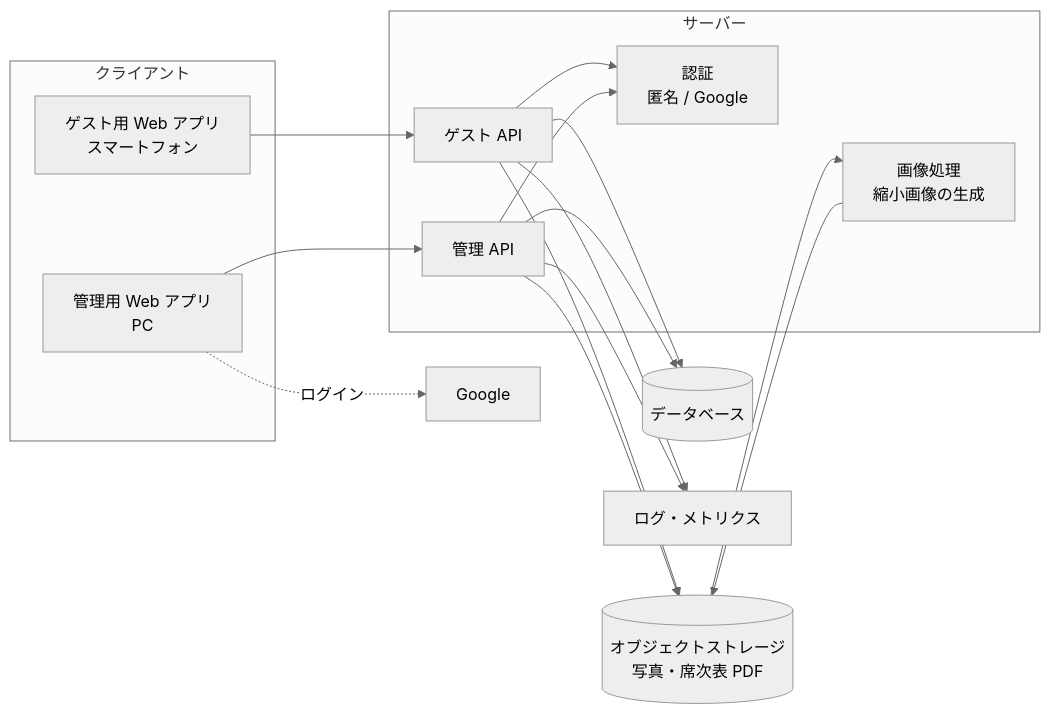
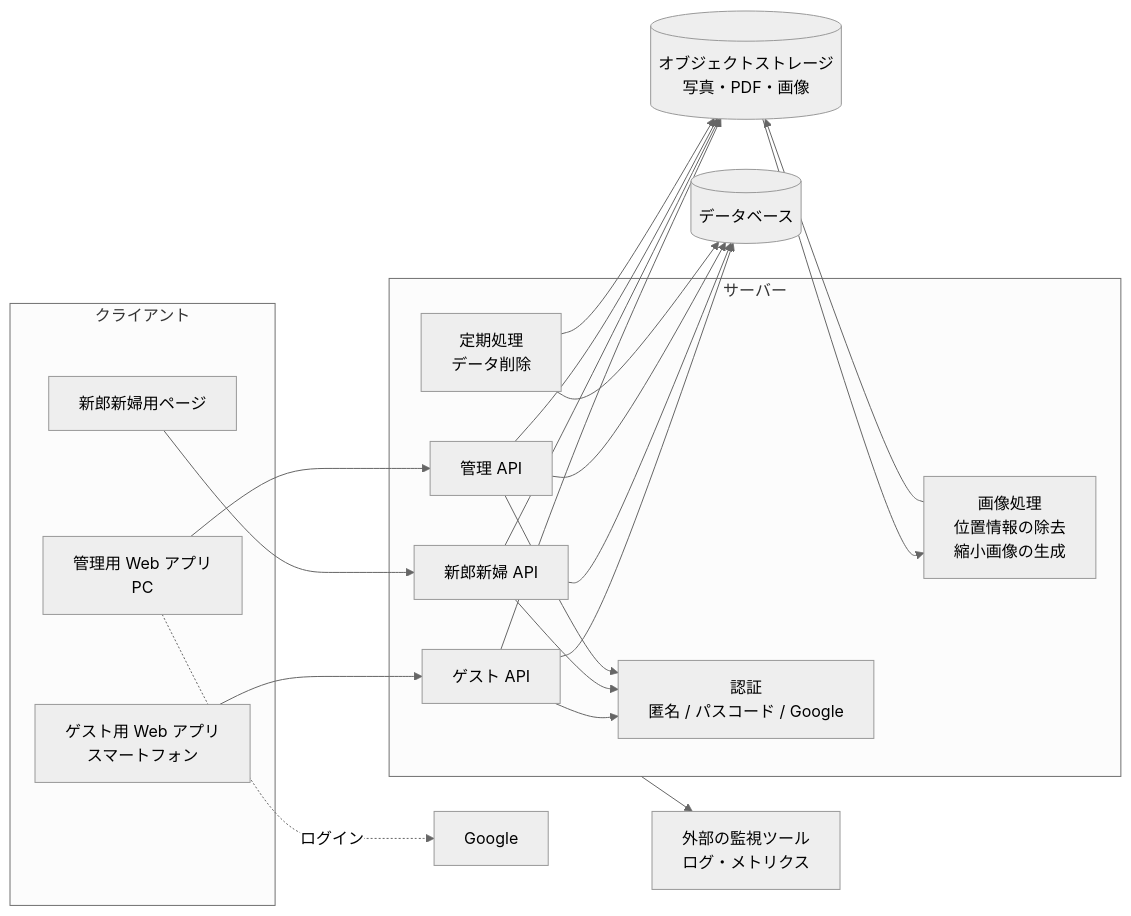
The diagram in docs/design/architecture.md (Nagomu0128/would-you-marry.me), drawn with Mermaid (neutral theme) before and after one commit. The commit also changed other lines of this file and 12 other files, not shown here.

````diff
--- a/docs/design/architecture.md
+++ b/docs/design/architecture.md
@@ -9,31 +9,39 @@
 ```mermaid
 flowchart LR
     subgraph Client[クライアント]
         GW[ゲスト用 Web アプリ<br/>スマートフォン]
+        CW[新郎新婦用ページ]
         AW[管理用 Web アプリ<br/>PC]
     end
     subgraph Server[サーバー]
         GAPI[ゲスト API]
+        CAPI[新郎新婦 API]
         AAPI[管理 API]
-        AUTH[認証<br/>匿名 / Google]
-        IMG[画像処理<br/>縮小画像の生成]
+        AUTH[認証<br/>匿名 / パスコード / Google]
+        IMG[画像処理<br/>位置情報の除去<br/>縮小画像の生成]
+        JOB[定期処理<br/>データ削除]
     end
     DB[(データベース)]
-    OS[(オブジェクトストレージ<br/>写真・席次表 PDF)]
-    MON[ログ・メトリクス]
+    OS[(オブジェクトストレージ<br/>写真・PDF・画像)]
+    MON[外部の監視ツール<br/>ログ・メトリクス]
     GOOGLE[Google]
 
     GW --> GAPI
+    CW --> CAPI
     AW --> AAPI
     AW -.->|ログイン| GOOGLE
     GAPI --> AUTH
+    CAPI --> AUTH
     AAPI --> AUTH
     GAPI --> DB
+    CAPI --> DB
     AAPI --> DB
     GAPI --> OS
+    CAPI --> OS
     AAPI --> OS
     OS --> IMG
     IMG --> OS
-    GAPI --> MON
-    AAPI --> MON
+    JOB --> DB
+    JOB --> OS
+    Server --> MON
 ```
````
